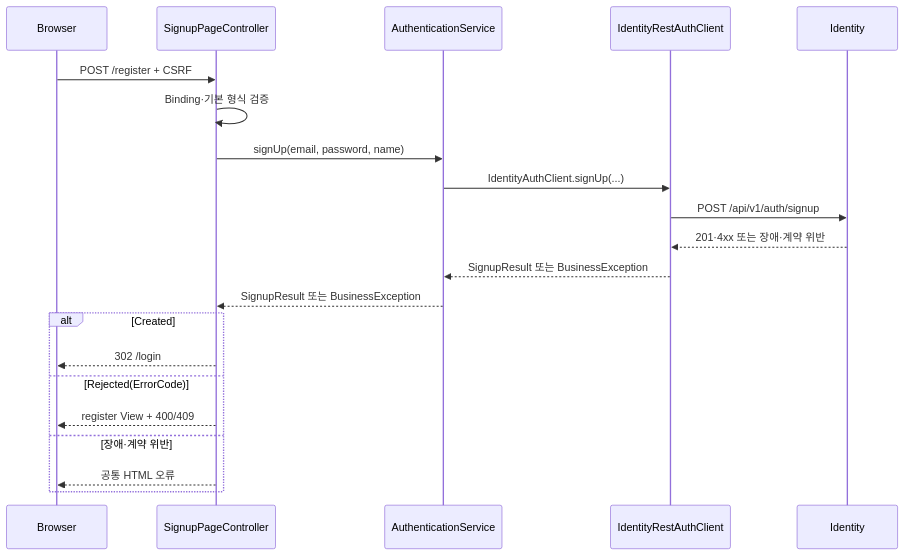
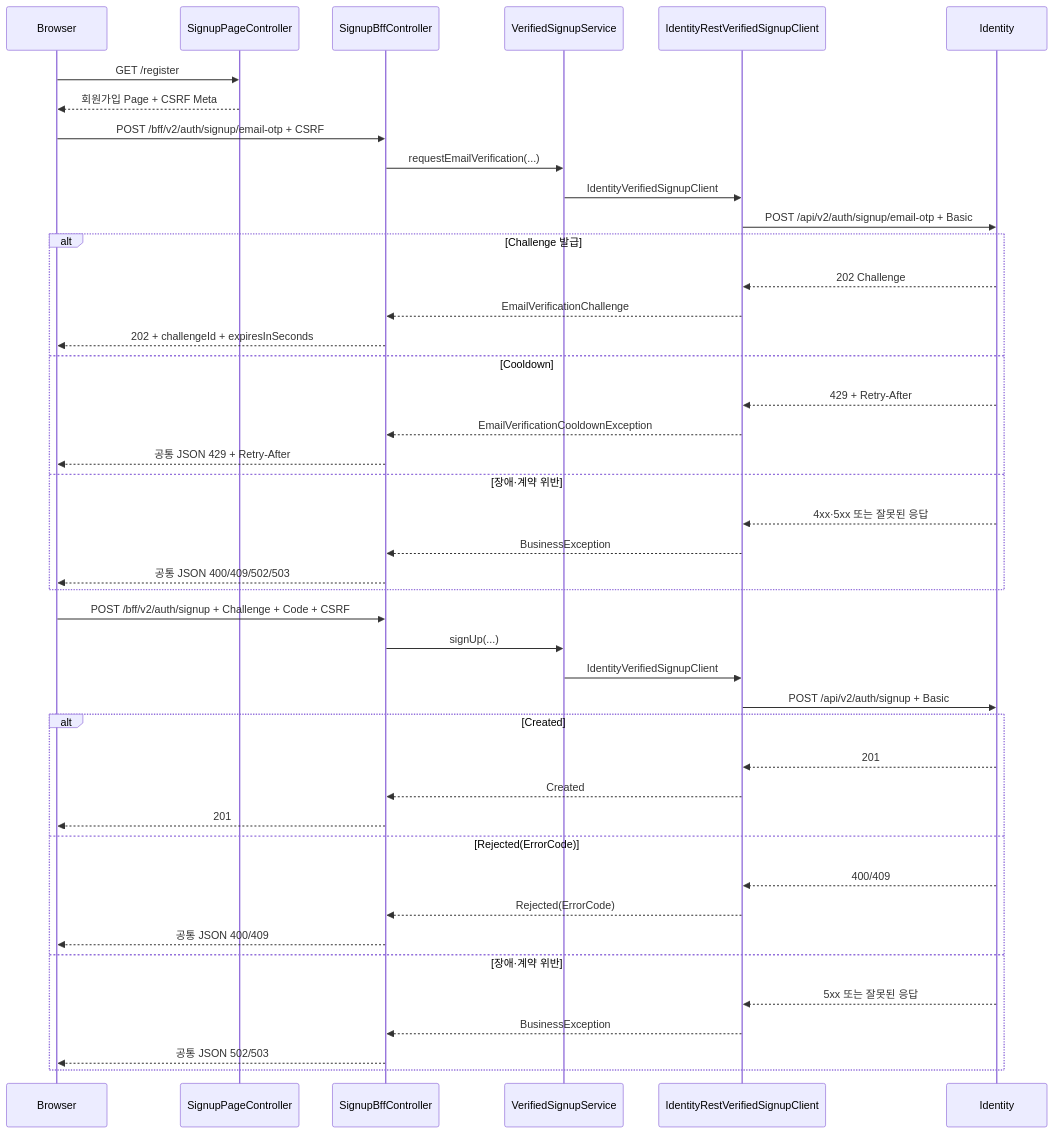
One commit to nhnacademy-aiot3-omagotchi/omagotchi-frontend changed the second of 4 diagrams in docs/onboarding/02-session-authentication-flow.md. Above: the diagram before and after it, drawn with Mermaid. The commit also changed other lines of this file and 8 other files, not shown here.

Commit message:
feat: 회원가입 화면에 이메일 OTP 흐름 적용

````diff
--- a/docs/onboarding/02-session-authentication-flow.md
+++ b/docs/onboarding/02-session-authentication-flow.md
@@ -236,24 +246,46 @@
 ```mermaid
 sequenceDiagram
     participant B as Browser
     participant PC as SignupPageController
-    participant AS as AuthenticationService
-    participant IC as IdentityRestAuthClient
+    participant SC as SignupBffController
+    participant VS as VerifiedSignupService
+    participant IC as IdentityRestVerifiedSignupClient
     participant I as Identity
 
-    B->>PC: POST /register + CSRF
-    PC->>PC: Binding·기본 형식 검증
-    PC->>AS: signUp(email, password, name)
-    AS->>IC: IdentityAuthClient.signUp(...)
-    IC->>I: POST /api/v1/auth/signup
-    I-->>IC: 201·4xx 또는 장애·계약 위반
-    IC-->>AS: SignupResult 또는 BusinessException
-    AS-->>PC: SignupResult 또는 BusinessException
+    B->>PC: GET /register
+    PC-->>B: 회원가입 Page + CSRF Meta
+    B->>SC: POST /bff/v2/auth/signup/email-otp + CSRF
+    SC->>VS: requestEmailVerification(...)
+    VS->>IC: IdentityVerifiedSignupClient
+    IC->>I: POST /api/v2/auth/signup/email-otp + Basic
+    alt Challenge 발급
+        I-->>IC: 202 Challenge
+        IC-->>SC: EmailVerificationChallenge
+        SC-->>B: 202 + challengeId + expiresInSeconds
+    else Cooldown
+        I-->>IC: 429 + Retry-After
+        IC-->>SC: EmailVerificationCooldownException
+        SC-->>B: 공통 JSON 429 + Retry-After
+    else 장애·계약 위반
+        I-->>IC: 4xx·5xx 또는 잘못된 응답
+        IC-->>SC: BusinessException
+        SC-->>B: 공통 JSON 400/409/502/503
+    end
+    B->>SC: POST /bff/v2/auth/signup + Challenge + Code + CSRF
+    SC->>VS: signUp(...)
+    VS->>IC: IdentityVerifiedSignupClient
+    IC->>I: POST /api/v2/auth/signup + Basic
     alt Created
-        PC-->>B: 302 /login
+        I-->>IC: 201
+        IC-->>SC: Created
+        SC-->>B: 201
     else Rejected(ErrorCode)
-        PC-->>B: register View + 400/409
+        I-->>IC: 400/409
+        IC-->>SC: Rejected(ErrorCode)
+        SC-->>B: 공통 JSON 400/409
     else 장애·계약 위반
-        PC-->>B: 공통 HTML 오류
+        I-->>IC: 5xx 또는 잘못된 응답
+        IC-->>SC: BusinessException
+        SC-->>B: 공통 JSON 502/503
     end
 ```
````
